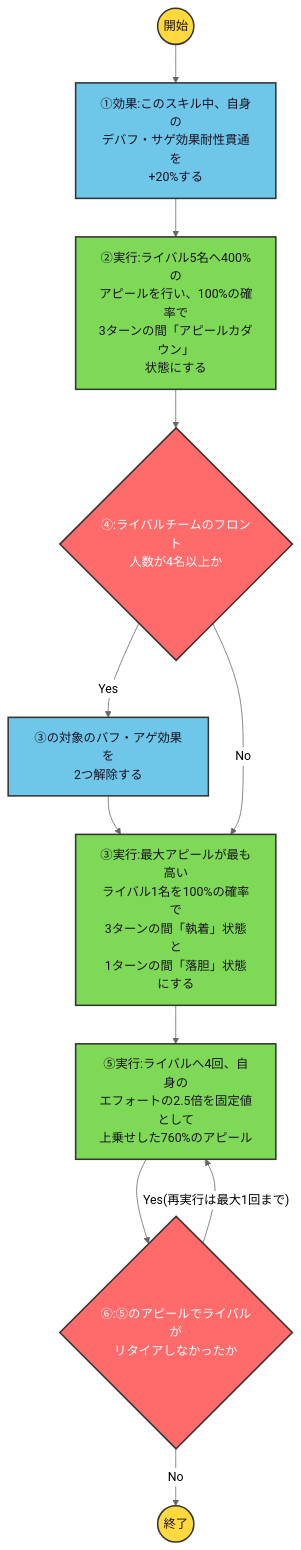
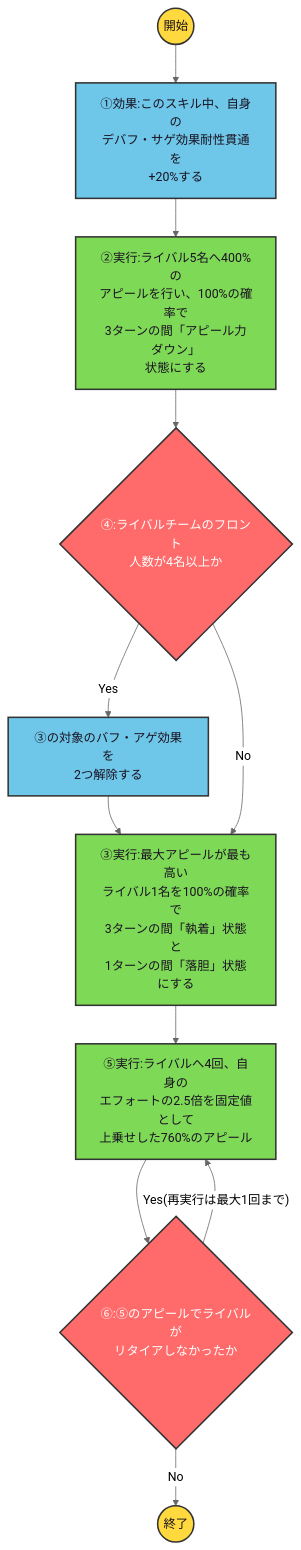
The diagram in data/tsutsui_ayame/hodokyo_skill1.mmd (ryomochi0918/nogifra-characters), drawn with Mermaid (neutral theme) before and after one commit. The commit also changed 19 other files, not shown here.

```diff
--- a/data/tsutsui_ayame/hodokyo_skill1.mmd
+++ b/data/tsutsui_ayame/hodokyo_skill1.mmd
@@ -1,13 +1,13 @@
 flowchart TD
     classDef startend fill:#FFD93D,stroke:#333,stroke-width:2px,color:#1a1220;
     classDef cond fill:#FF6B6B,stroke:#333,stroke-width:2px,color:#ffffff;
     classDef effect fill:#6EC6E8,stroke:#333,stroke-width:2px,color:#1a1220;
     classDef action fill:#7ED957,stroke:#333,stroke-width:2px,color:#1a1220;
 
-    start(("開始")):::startend --> e1["①効果:このスキル中、自身の<br/>デバフ・サゲ効果耐性貫通を<br/>+20%する"]:::effect --> a2["②実行:ライバル5名へ400%の<br/>アピールを行い、100%の確率で<br/>3ターンの間「アピールカダウン」<br/>状態にする"]:::action --> c4
+    start(("開始")):::startend --> e1["①効果:このスキル中、自身の<br/>デバフ・サゲ効果耐性貫通を<br/>+20%する"]:::effect --> a2["②実行:ライバル5名へ400%の<br/>アピールを行い、100%の確率で<br/>3ターンの間「アピール力ダウン」<br/>状態にする"]:::action --> c4
     c4{"④:ライバルチームのフロント<br/>人数が4名以上か"}:::cond
     c4 -->|"Yes"| e4["③の対象のバフ・アゲ効果を<br/>2つ解除する"]:::effect --> a3
     c4 -->|"No"| a3["③実行:最大アピールが最も高い<br/>ライバル1名を100%の確率で<br/>3ターンの間「執着」状態と<br/>1ターンの間「落胆」状態にする"]:::action --> a5["⑤実行:ライバルへ4回、自身の<br/>エフォートの2.5倍を固定値として<br/>上乗せした760%のアピール"]:::action --> c6
     c6{"⑥:⑤のアピールでライバルが<br/>リタイアしなかったか"}:::cond
     c6 -->|"Yes(再実行は最大1回まで)"| a5
     c6 -->|"No"| finish(("終了")):::startend
```
